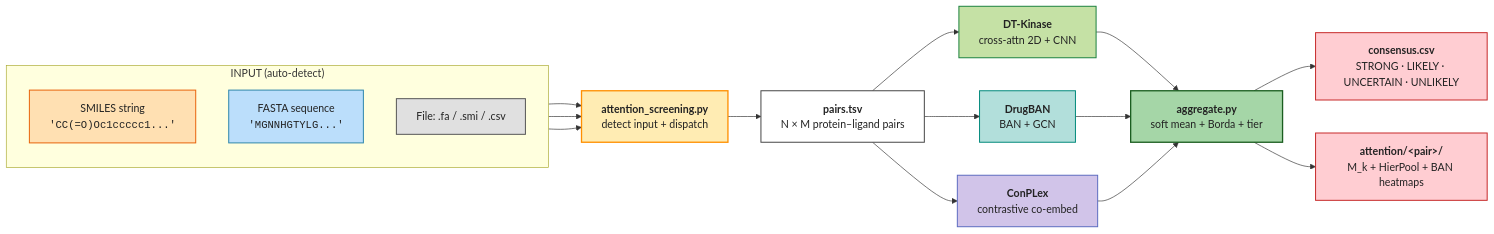
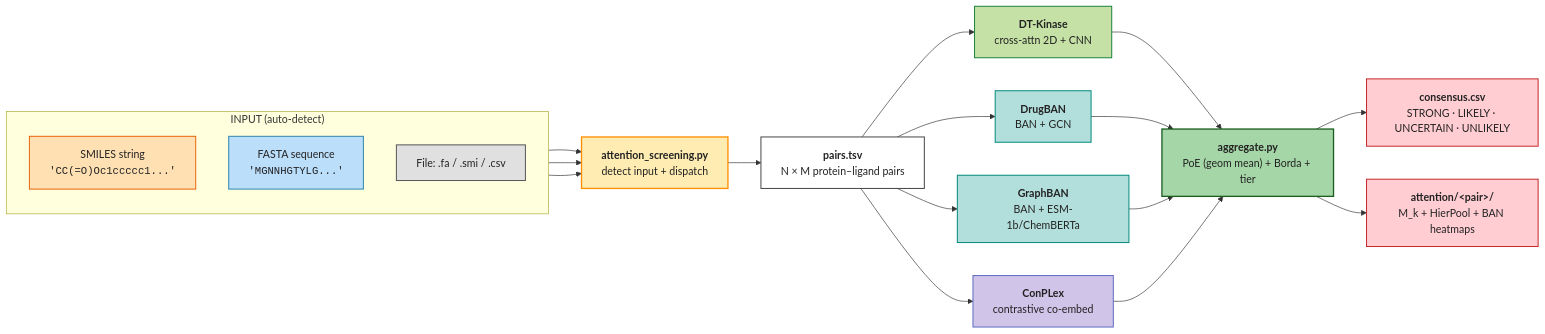
Before and after one commit to gmmsb-lncc/attention-screening: the diagram in README.md, drawn with Mermaid. The commit also changed other lines of this file and 10 other files, not shown here.

````diff
--- a/README.md
+++ b/README.md
@@ -31,38 +35,40 @@
 ```mermaid
 flowchart LR
     subgraph IN["INPUT (auto-detect)"]
         direction TB
         A1["SMILES string<br/><code>'CC(=O)Oc1ccccc1...'</code>"]:::lig
         A2["FASTA sequence<br/><code>'MGNNHGTYLG...'</code>"]:::prot
         A3["File: .fa / .smi / .csv"]:::file
     end
 
     A1 --> KP
     A2 --> KP
     A3 --> KP
     KP["<b>attention_screening.py</b><br/>detect input + dispatch"]:::orch
     KP --> PAIRS["<b>pairs.tsv</b><br/>N × M protein–ligand pairs"]:::data
 
     PAIRS --> DTK["<b>DT-Kinase</b><br/>cross-attn 2D + CNN"]:::dtk
     PAIRS --> DBN["<b>DrugBAN</b><br/>BAN + GCN"]:::ban
+    PAIRS --> GBN["<b>GraphBAN</b><br/>BAN + ESM-1b/ChemBERTa"]:::ban
     PAIRS --> CPL["<b>ConPLex</b><br/>contrastive co-embed"]:::cpl
 
     DTK --> AGG
     DBN --> AGG
+    GBN --> AGG
     CPL --> AGG
-    AGG["<b>aggregate.py</b><br/>soft mean + Borda + tier"]:::agg
+    AGG["<b>aggregate.py</b><br/>PoE (geom mean) + Borda + tier"]:::agg
 
     AGG --> OUT1["<b>consensus.csv</b><br/>STRONG · LIKELY · UNCERTAIN · UNLIKELY"]:::out
     AGG --> OUT2["<b>attention/&lt;pair&gt;/</b><br/>M_k + HierPool + BAN heatmaps"]:::out
 
     classDef lig   fill:#FFE0B2,stroke:#E8630A,stroke-width:1.5px,color:#222
     classDef prot  fill:#BBDEFB,stroke:#2E86AB,stroke-width:1.5px,color:#222
     classDef file  fill:#E0E0E0,stroke:#555,stroke-width:1.5px,color:#222
     classDef orch  fill:#FFECB3,stroke:#FF8F00,stroke-width:2px,color:#222
     classDef data  fill:#FFFFFF,stroke:#444,stroke-width:1.5px,color:#222
     classDef dtk   fill:#C5E1A5,stroke:#1B813E,stroke-width:1.5px,color:#222
     classDef ban   fill:#B2DFDB,stroke:#00897B,stroke-width:1.5px,color:#222
     classDef cpl   fill:#D1C4E9,stroke:#5C6BC0,stroke-width:1.5px,color:#222
     classDef agg   fill:#A5D6A7,stroke:#1B5E20,stroke-width:2px,color:#222
     classDef out   fill:#FFCDD2,stroke:#C62828,stroke-width:1.5px,color:#222
 ```
````
